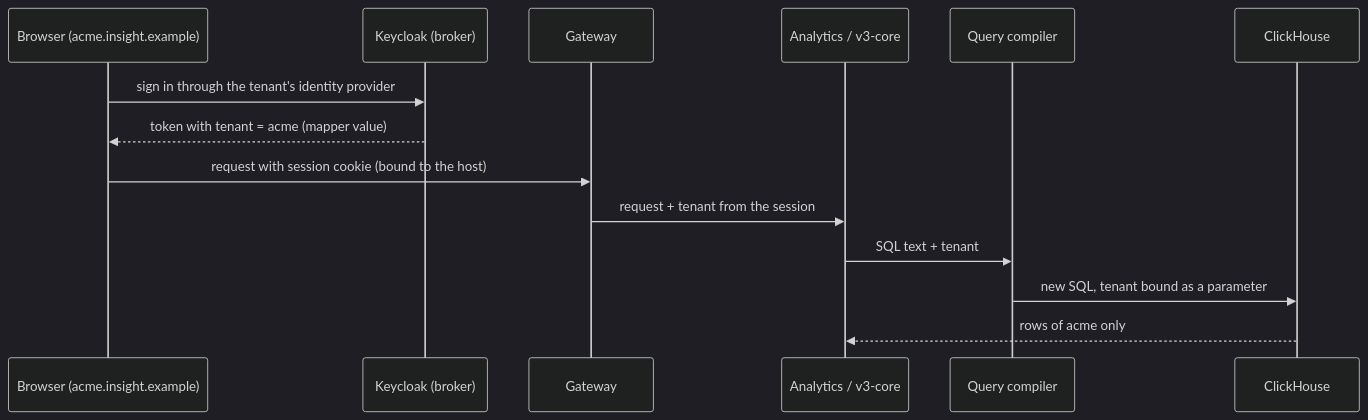
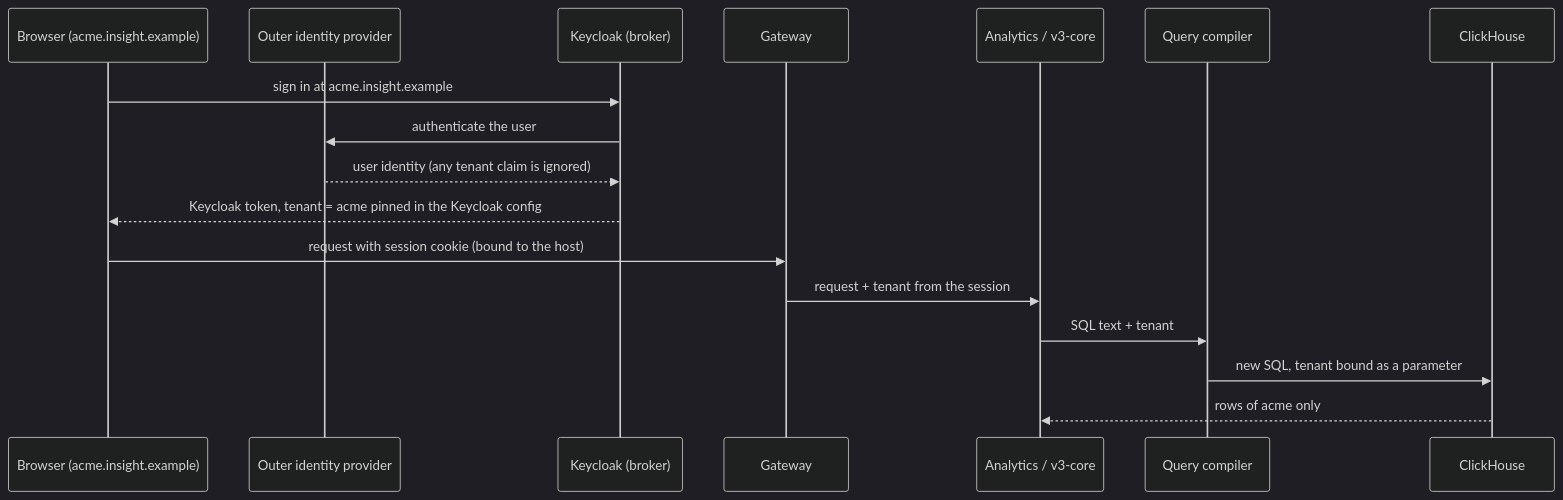
One commit to hello1101n/insight changed the fifth of 5 diagrams in docs/domain/multi-tenancy/README.md. Above: the diagram before and after it, drawn with Mermaid (dark theme). The commit also changed other lines of this file, not shown here.

First line of the commit message:
docs(tenant): the tenant is pinned in the Keycloak config

````diff
--- a/docs/domain/multi-tenancy/README.md
+++ b/docs/domain/multi-tenancy/README.md
@@ -196,17 +196,20 @@
 ```mermaid
 sequenceDiagram
     participant B as Browser (acme.insight.example)
+    participant IDP as Outer identity provider
     participant KC as Keycloak (broker)
     participant GW as Gateway
     participant SVC as Analytics / v3-core
     participant QC as Query compiler
     participant CH as ClickHouse
 
-    B->>KC: sign in through the tenant's identity provider
-    KC-->>B: token with tenant = acme (mapper value)
+    B->>KC: sign in at acme.insight.example
+    KC->>IDP: authenticate the user
+    IDP-->>KC: user identity (any tenant claim is ignored)
+    KC-->>B: Keycloak token, tenant = acme pinned in the Keycloak config
     B->>GW: request with session cookie (bound to the host)
     GW->>SVC: request + tenant from the session
     SVC->>QC: SQL text + tenant
     QC->>CH: new SQL, tenant bound as a parameter
     CH-->>SVC: rows of acme only
 ```
````
